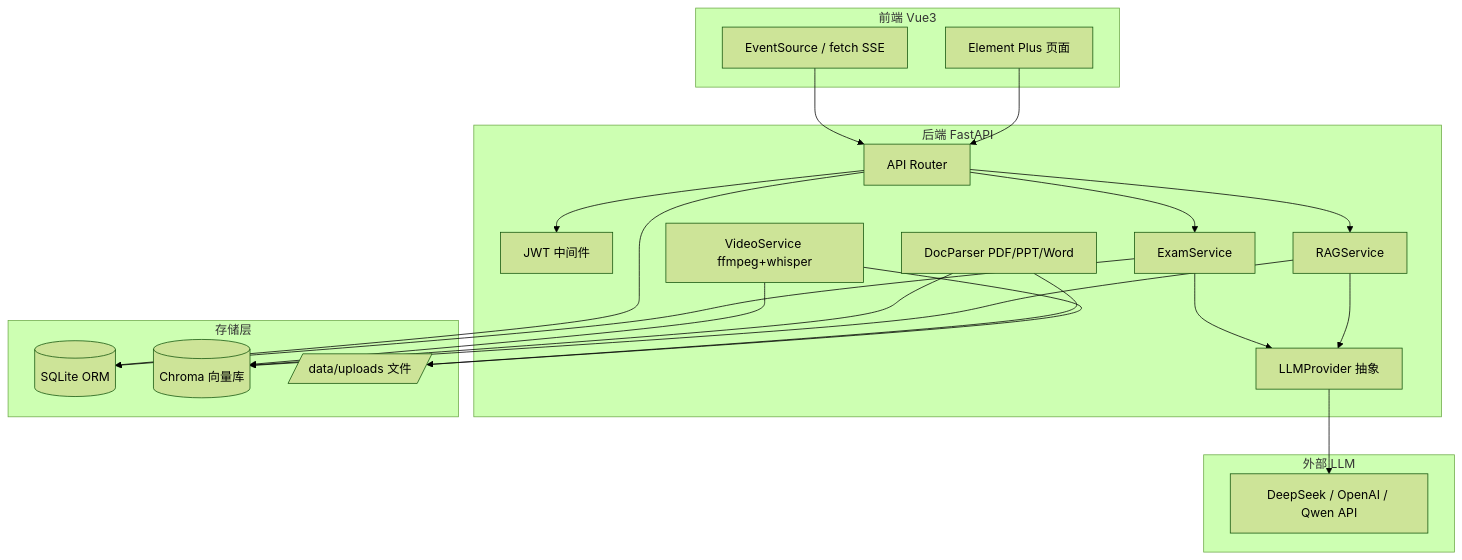
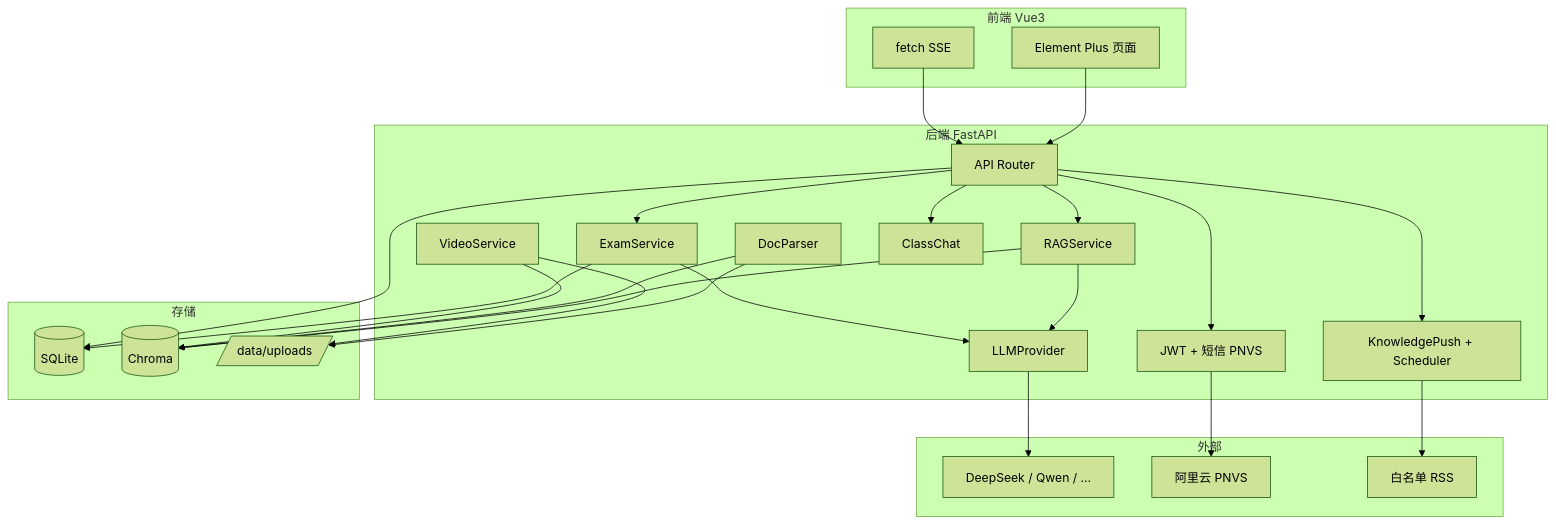
One commit to JacindaPeng/CodeInfinity changed the first of 2 diagrams in docs/系统设计.md. Above: the diagram before and after it, drawn with Mermaid (forest theme). The commit also changed other lines of this file and 119 other files, not shown here.

````diff
--- a/docs/系统设计.md
+++ b/docs/系统设计.md
@@ -13,39 +17,47 @@
 ```mermaid
 flowchart TB
     subgraph Frontend [前端 Vue3]
         UI[Element Plus 页面]
-        SSE[EventSource / fetch SSE]
+        SSE[fetch SSE]
     end
     subgraph Backend [后端 FastAPI]
         API[API Router]
-        Auth[JWT 中间件]
+        Auth[JWT + 短信 PNVS]
         RAG[RAGService]
         Exam[ExamService]
-        LLM[LLMProvider 抽象]
-        Parser[DocParser PDF/PPT/Word]
-        Video[VideoService ffmpeg+whisper]
+        LLM[LLMProvider]
+        Parser[DocParser]
+        Video[VideoService]
+        Push[KnowledgePush + Scheduler]
+        ChatSvc[ClassChat]
     end
-    subgraph Storage [存储层]
-        SQLite[(SQLite ORM)]
-        Chroma[(Chroma 向量库)]
-        FS[/data/uploads 文件/]
+    subgraph Storage [存储]
+        SQLite[(SQLite)]
+        Chroma[(Chroma)]
+        FS[/data/uploads/]
     end
-    subgraph External [外部 LLM]
-        DS[DeepSeek / OpenAI / Qwen API]
+    subgraph External [外部]
+        LLMAPI[DeepSeek / Qwen / ...]
+        Aliyun[阿里云 PNVS]
+        RSS[白名单 RSS]
     end
     UI --> API
     SSE --> API
     API --> Auth
     API --> RAG
     API --> Exam
+    API --> Push
+    API --> ChatSvc
     RAG --> Chroma
     RAG --> LLM
     Exam --> LLM
     Exam --> SQLite
-    LLM --> DS
+    LLM --> LLMAPI
+    Auth --> Aliyun
+    Push --> RSS
     Parser --> Chroma
     Video --> Chroma
+    Parser --> FS
     Video --> FS
-    Parser --> FS
     API --> SQLite
 ```
````
